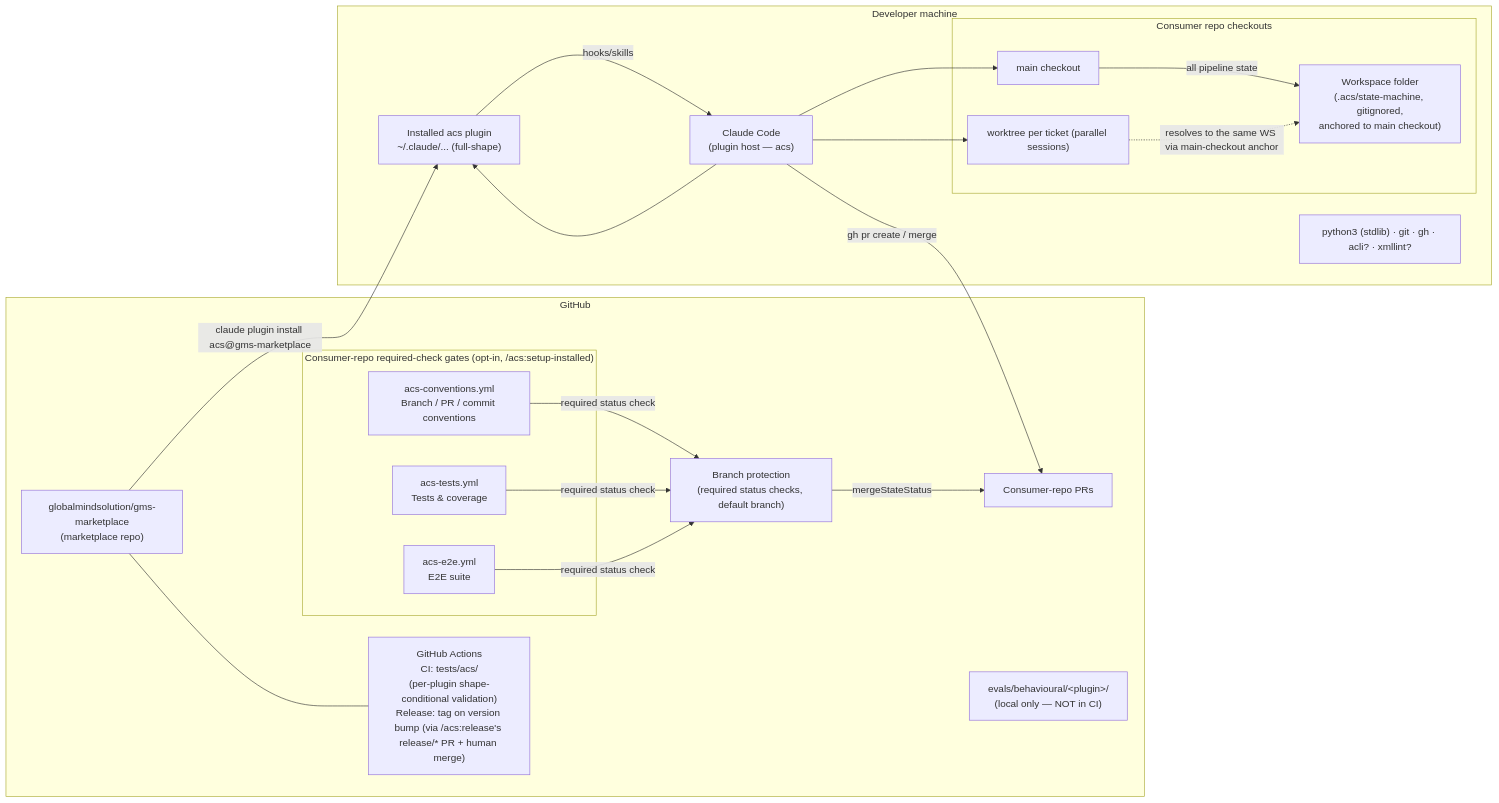
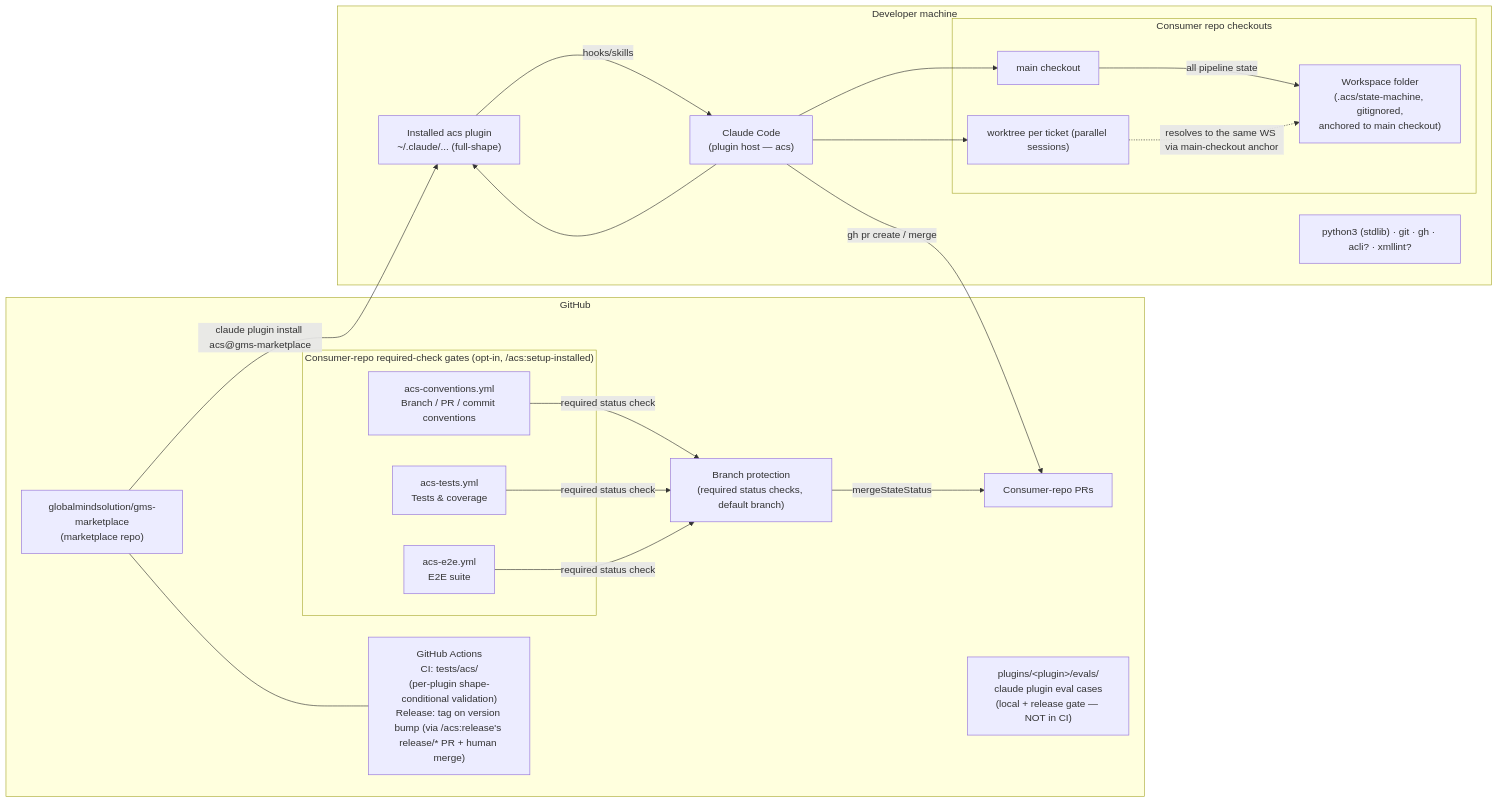
The diagram in docs/architecture/hld/deployment.md (globalmindsolution/gms-marketplace), drawn with Mermaid before and after one commit. The commit also changed other lines of this file and 191 other files, not shown here.

````diff
--- a/docs/architecture/hld/deployment.md
+++ b/docs/architecture/hld/deployment.md
@@ -3,37 +3,37 @@
 ```mermaid
 flowchart LR
     subgraph github["GitHub"]
         MR["globalmindsolution/gms-marketplace<br/>(marketplace repo)"]
         ACT["GitHub Actions<br/>CI: tests/acs/<br/>(per-plugin shape-conditional validation)<br/>Release: tag on version bump (via /acs:release's release/* PR + human merge)"]
         PRS["Consumer-repo PRs"]
-        EVALS["evals/behavioural/&lt;plugin&gt;/<br/>(local only — NOT in CI)"]
+        EVALS["plugins/&lt;plugin&gt;/evals/<br/>claude plugin eval cases<br/>(local + release gate — NOT in CI)"]
         subgraph gates["Consumer-repo required-check gates (opt-in, /acs:setup-installed)"]
             G_CONV["acs-conventions.yml<br/>Branch / PR / commit conventions"]
             G_TEST["acs-tests.yml<br/>Tests & coverage"]
             G_E2E["acs-e2e.yml<br/>E2E suite"]
         end
         BP["Branch protection<br/>(required status checks, default branch)"]
     end
 
     subgraph machine["Developer machine"]
         CC["Claude Code<br/>(plugin host — acs)"]
         PI_ACS["Installed acs plugin<br/>~/.claude/... (full-shape)"]
         subgraph checkouts["Consumer repo checkouts"]
             CO1["main checkout"]
             CO2["worktree per ticket (parallel sessions)"]
             WS["Workspace folder<br/>(.acs/state-machine, gitignored,<br/>anchored to main checkout)"]
         end
         PY["python3 (stdlib) · git · gh · acli? · xmllint?"]
     end
 
     MR -- "claude plugin install acs@gms-marketplace" --> PI_ACS
     MR --- ACT
     CC --> PI_ACS
     PI_ACS -- hooks/skills --> CC
     CC --> CO1 & CO2
     CO1 -- "all pipeline state" --> WS
     CO2 -. "resolves to the same WS via main-checkout anchor" .-> WS
     CC -- "gh pr create / merge" --> PRS
     G_CONV & G_TEST & G_E2E -- "required status check" --> BP
     BP -- "mergeStateStatus" --> PRS
 ```
````
